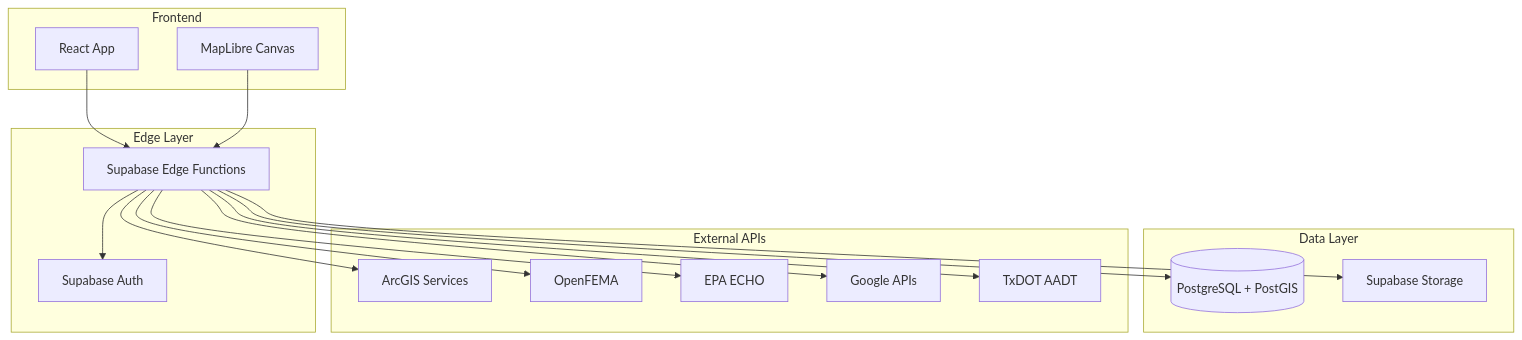
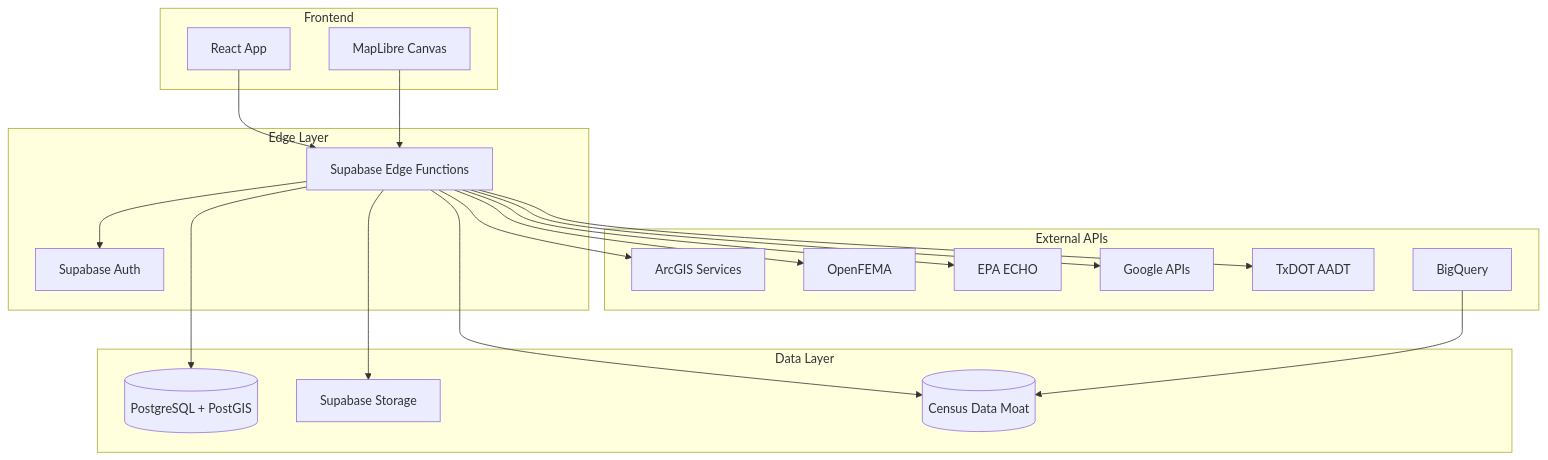
The diagram in docs/index.md (BuildSmarterAI/siteintelai), drawn with Mermaid before and after one commit. The commit also changed other lines of this file and 5 other files, not shown here.

````diff
--- a/docs/index.md
+++ b/docs/index.md
@@ -29,36 +30,40 @@
 ```mermaid
 graph TB
     subgraph Frontend
         UI[React App]
         Map[MapLibre Canvas]
     end
     
     subgraph Edge Layer
         EF[Supabase Edge Functions]
         Auth[Supabase Auth]
     end
     
     subgraph Data Layer
         DB[(PostgreSQL + PostGIS)]
         Storage[Supabase Storage]
+        Census[(Census Data Moat)]
     end
     
     subgraph External APIs
         GIS[ArcGIS Services]
         FEMA[OpenFEMA]
         EPA[EPA ECHO]
         Google[Google APIs]
         TxDOT[TxDOT AADT]
+        BQ[BigQuery]
     end
     
     UI --> EF
     Map --> EF
     EF --> Auth
     EF --> DB
     EF --> Storage
+    EF --> Census
     EF --> GIS
     EF --> FEMA
     EF --> EPA
     EF --> Google
     EF --> TxDOT
+    BQ --> Census
 ```
````
